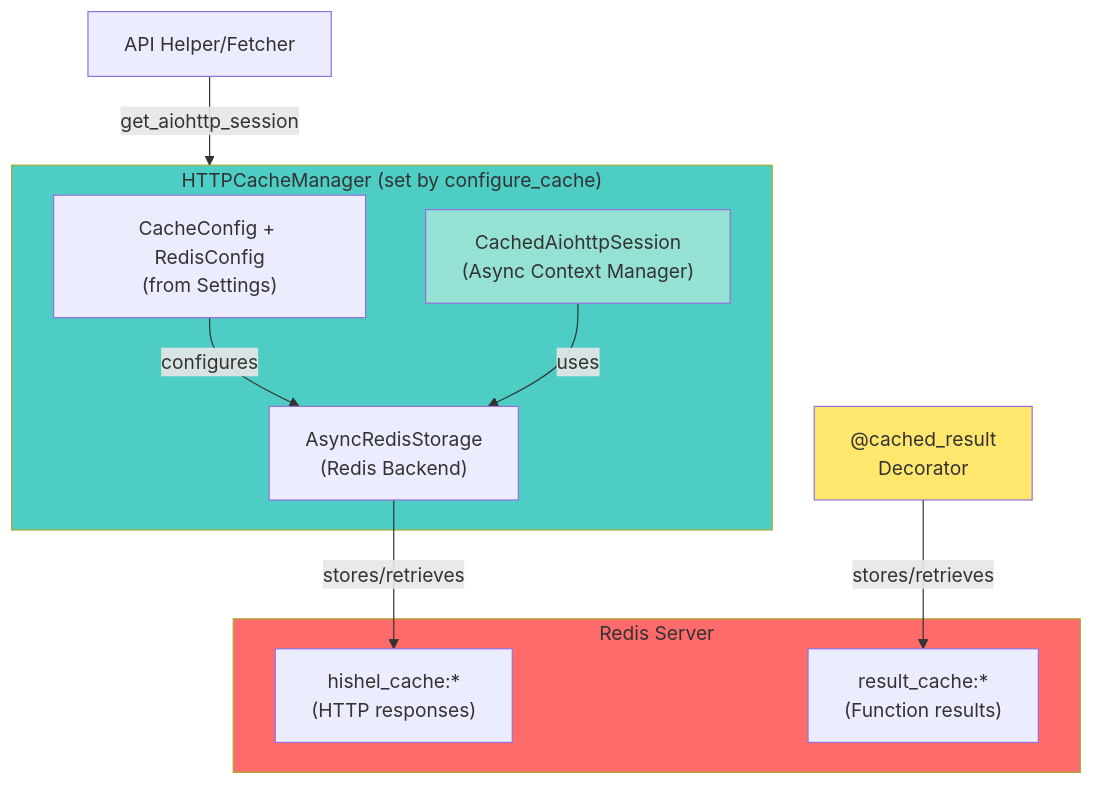
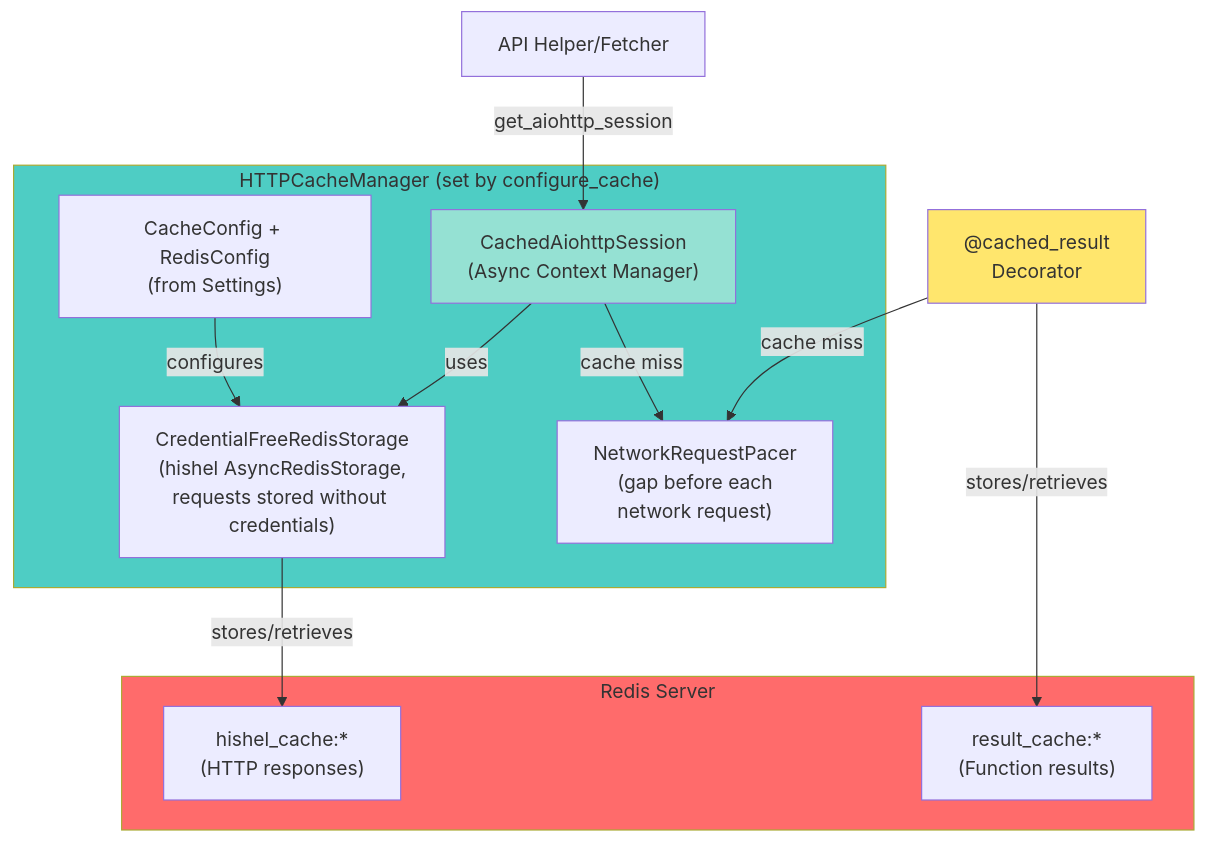
Before and after one commit to adnanaq/echora: the diagram in libs/http_cache/README.md, drawn with Mermaid. The commit also changed other lines of this file and 95 other files, not shown here.

````diff
--- a/libs/http_cache/README.md
+++ b/libs/http_cache/README.md
@@ -25,25 +25,30 @@
 ```mermaid
 flowchart TB
+    Client["API Helper/Fetcher"]
+    ResultDecorator["@cached_result<br/>Decorator"]
+
     subgraph CacheManager["HTTPCacheManager (set by configure_cache)"]
         Config["CacheConfig + RedisConfig<br/>(from Settings)"]
-        RedisStorage["AsyncRedisStorage<br/>(Redis Backend)"]
         Session["CachedAiohttpSession<br/>(Async Context Manager)"]
+        RedisStorage["CredentialFreeRedisStorage<br/>(hishel AsyncRedisStorage,<br/>requests stored without credentials)"]
+        Pacer["NetworkRequestPacer<br/>(gap before each<br/>network request)"]
     end
 
     subgraph Redis["Redis Server"]
         HTTPKeys["hishel_cache:*<br/>(HTTP responses)"]
         ResultKeys["result_cache:*<br/>(Function results)"]
     end
 
-    Client["API Helper/Fetcher"] -->|get_aiohttp_session| CacheManager
+    Client -->|get_aiohttp_session| Session
     Config -->|configures| RedisStorage
     Session -->|uses| RedisStorage
+    Session -->|cache miss| Pacer
     RedisStorage -->|stores/retrieves| HTTPKeys
-
-    ResultDecorator["@cached_result<br/>Decorator"] -->|stores/retrieves| ResultKeys
+    ResultDecorator -->|cache miss| Pacer
+    ResultDecorator -->|stores/retrieves| ResultKeys
 
     style Redis fill:#ff6b6b
     style CacheManager fill:#4ecdc4
     style Session fill:#95e1d3
     style ResultDecorator fill:#ffe66d
 ```
````
